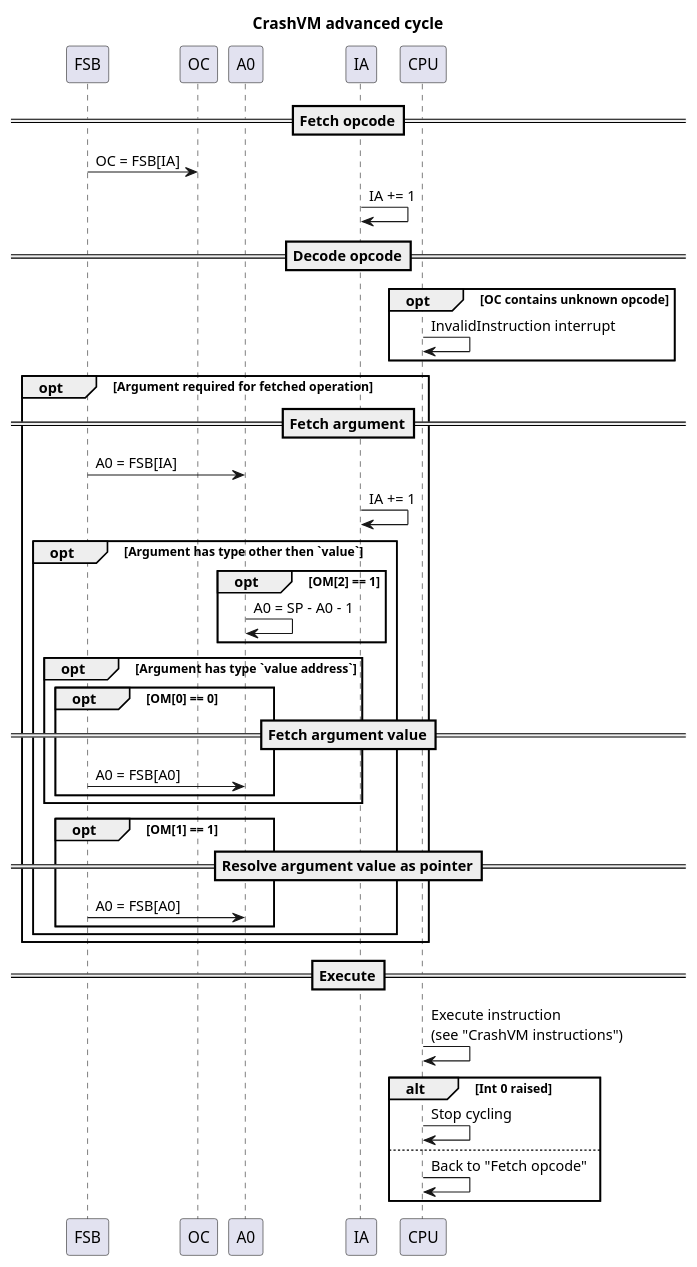
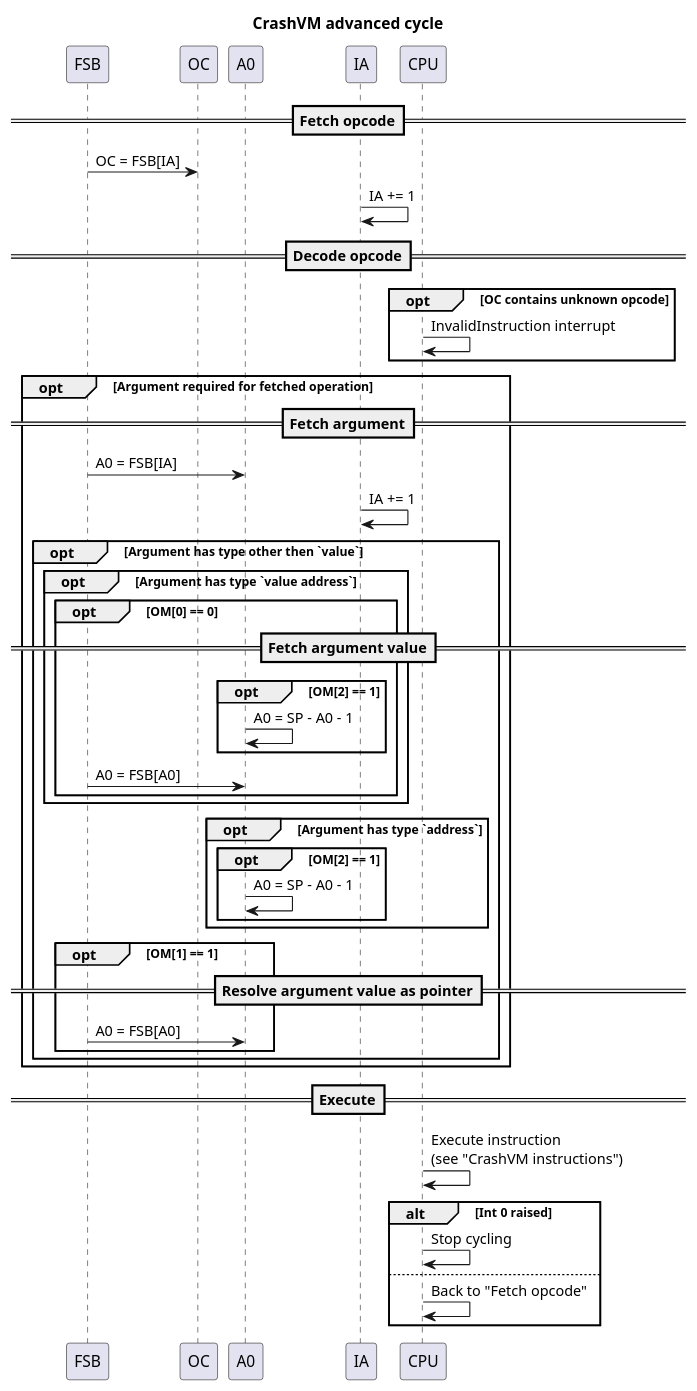
One commit to hypafrag/crash-vm changed the fifth of 7 diagrams in doc/system.puml. Above: the diagram before and after it, drawn with PlantUML. The commit also changed 11 other files, not shown here.

```diff
--- a/doc/system.puml
+++ b/doc/system.puml
@@ -136,45 +136,50 @@
 @startuml advanced_cycle
 title CrashVM advanced cycle
 
 participant FSB
 participant OC
 participant A0
 participant IA
 participant CPU
 
 ==Fetch opcode==
 FSB -> OC: OC = FSB[IA]
 IA -> IA: IA += 1
 ==Decode opcode==
 opt OC contains unknown opcode
 CPU -> CPU: InvalidInstruction interrupt
 end
 opt Argument required for fetched operation
     ==Fetch argument==
     FSB -> A0: A0 = FSB[IA]
     IA -> IA: IA += 1
     opt Argument has type other then `value`
-        opt OM[2] == 1
-            A0 -> A0: A0 = SP - A0 - 1
-        end
         opt Argument has type `value address`
             opt OM[0] == 0
                 ==Fetch argument value==
+                opt OM[2] == 1
+                    A0 -> A0: A0 = SP - A0 - 1
+                end
                 FSB -> A0: A0 = FSB[A0]
+            end
+        end
+        opt Argument has type `address`
+            opt OM[2] == 1
+                A0 -> A0: A0 = SP - A0 - 1
             end
         end
         opt OM[1] == 1
             ==Resolve argument value as pointer==
             FSB -> A0: A0 = FSB[A0]
         end
     end
 end
 ==Execute==
 CPU -> CPU: Execute instruction\n(see "CrashVM instructions")
 alt Int 0 raised
     CPU -> CPU: Stop cycling
 else
     CPU -> CPU: Back to "Fetch opcode"
 end
 
 @enduml
```
